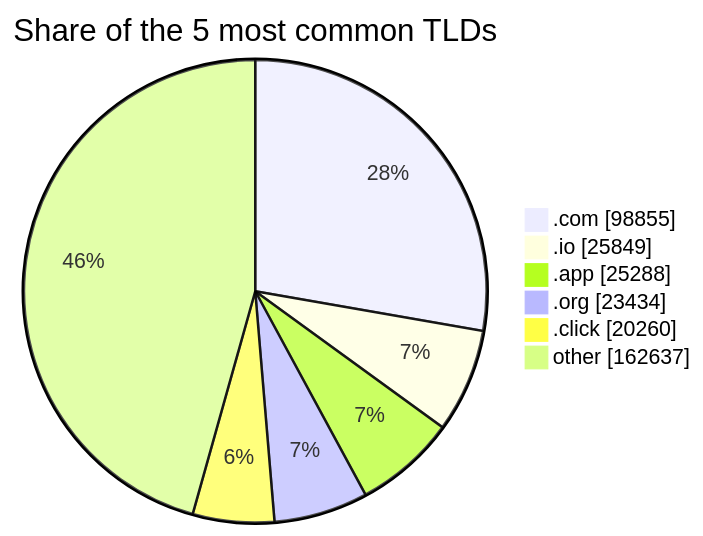
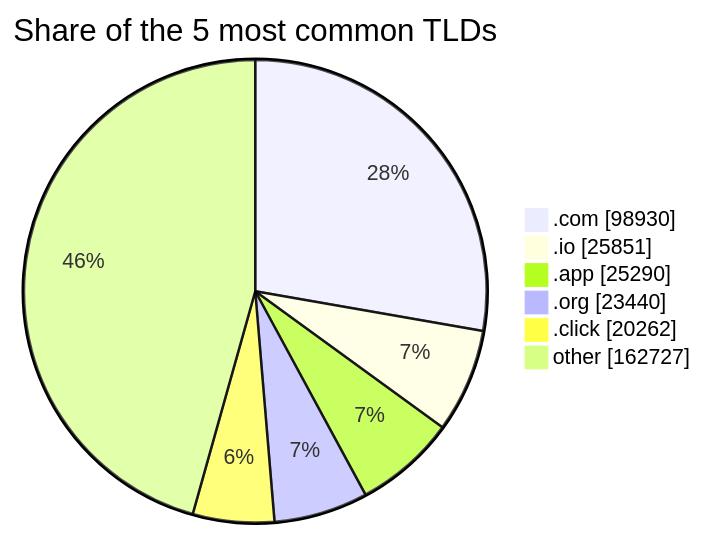
The third of 3 diagrams in README.md (DNSBunker/CTI), drawn with Mermaid before and after one commit. The commit also changed other lines of this file and 3 other files, not shown here.

````diff
--- a/README.md
+++ b/README.md
@@ -81,9 +81,9 @@
 ```mermaid
 pie showData title Share of the 5 most common TLDs
-    ".com" : 98855
-    ".io" : 25849
-    ".app" : 25288
-    ".org" : 23434
-    ".click" : 20260
-    "other" : 162637
+    ".com" : 98930
+    ".io" : 25851
+    ".app" : 25290
+    ".org" : 23440
+    ".click" : 20262
+    "other" : 162727
 ```
````
